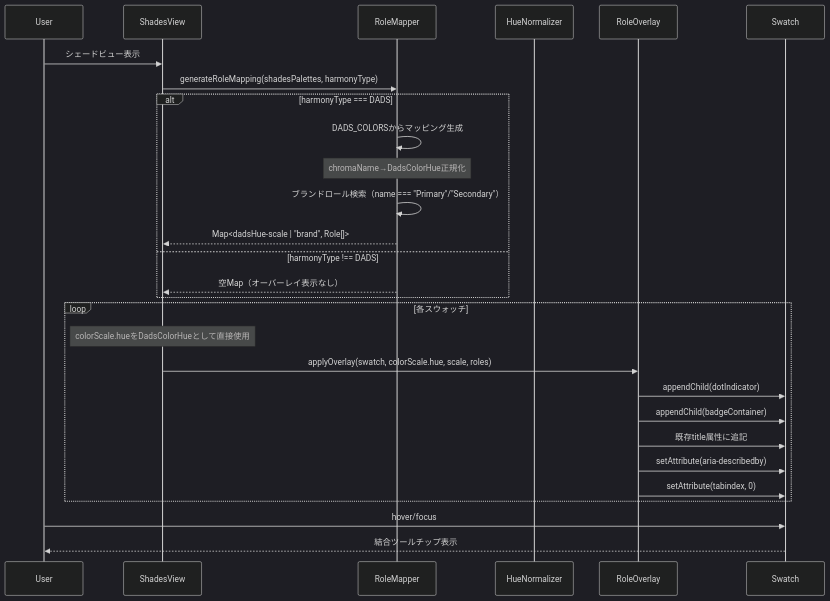
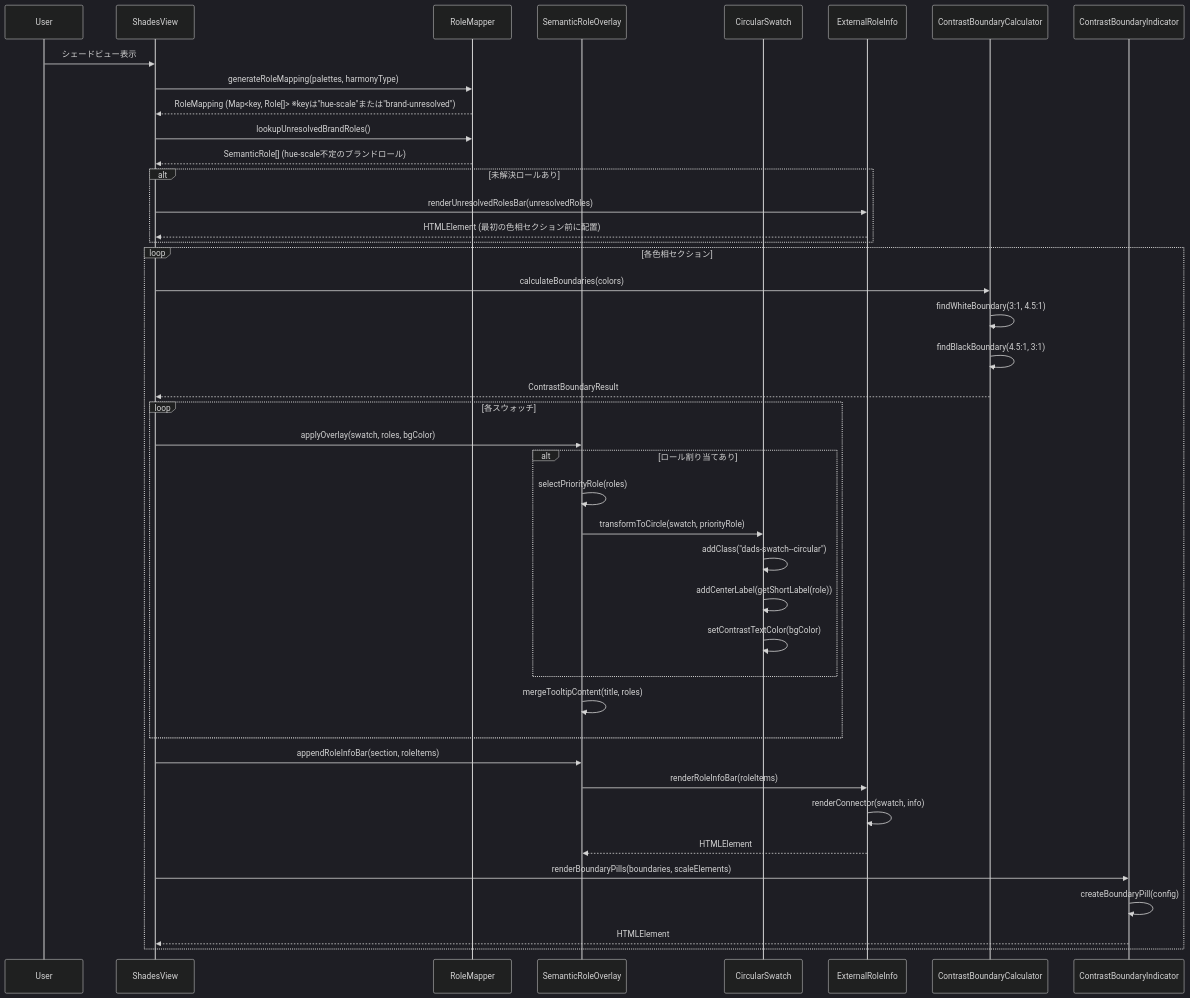
One commit to monoharada/leonardo-learn changed the second of 2 diagrams in .kiro/specs/shade-ui-improvement/design.md. Above: the diagram before and after it, drawn with Mermaid (dark theme). The commit also changed other lines of this file and 3 other files, not shown here.

````diff
--- a/.kiro/specs/shade-ui-improvement/design.md
+++ b/.kiro/specs/shade-ui-improvement/design.md
@@ -110,33 +114,51 @@
 ```mermaid
 sequenceDiagram
     participant User
     participant ShadesView
     participant RoleMapper
-    participant HueNormalizer
-    participant RoleOverlay
-    participant Swatch
+    participant RoleOverlay as SemanticRoleOverlay
+    participant CircularSwatch
+    participant ExternalRoleInfo
+    participant ContrastCalc as ContrastBoundaryCalculator
+    participant ContrastIndicator as ContrastBoundaryIndicator
 
     User->>ShadesView: シェードビュー表示
-    ShadesView->>RoleMapper: generateRoleMapping(shadesPalettes, harmonyType)
-    alt harmonyType === DADS
-        RoleMapper->>RoleMapper: DADS_COLORSからマッピング生成
-        Note over RoleMapper: chromaName→DadsColorHue正規化
-        RoleMapper->>RoleMapper: ブランドロール検索（name === "Primary"/"Secondary"）
-        RoleMapper-->>ShadesView: Map<dadsHue-scale | "brand", Role[]>
-    else harmonyType !== DADS
-        RoleMapper-->>ShadesView: 空Map（オーバーレイ表示なし）
+    ShadesView->>RoleMapper: generateRoleMapping(palettes, harmonyType)
+    RoleMapper-->>ShadesView: RoleMapping (Map<key, Role[]> ※keyは"hue-scale"または"brand-unresolved")
+
+    %% 未解決ブランドロールの処理（シェードビュー全体で1回のみ）
+    ShadesView->>RoleMapper: lookupUnresolvedBrandRoles()
+    RoleMapper-->>ShadesView: SemanticRole[] (hue-scale不定のブランドロール)
+    alt 未解決ロールあり
+        ShadesView->>ExternalRoleInfo: renderUnresolvedRolesBar(unresolvedRoles)
+        ExternalRoleInfo-->>ShadesView: HTMLElement (最初の色相セクション前に配置)
     end
 
-    loop 各スウォッチ
-        Note over ShadesView: colorScale.hueをDadsColorHueとして直接使用
-        ShadesView->>RoleOverlay: applyOverlay(swatch, colorScale.hue, scale, roles)
-        RoleOverlay->>Swatch: appendChild(dotIndicator)
-        RoleOverlay->>Swatch: appendChild(badgeContainer)
-        RoleOverlay->>Swatch: 既存title属性に追記
-        RoleOverlay->>Swatch: setAttribute(aria-describedby)
-        RoleOverlay->>Swatch: setAttribute(tabindex, 0)
+    loop 各色相セクション
+        ShadesView->>ContrastCalc: calculateBoundaries(colors)
+        ContrastCalc->>ContrastCalc: findWhiteBoundary(3:1, 4.5:1)
+        ContrastCalc->>ContrastCalc: findBlackBoundary(4.5:1, 3:1)
+        ContrastCalc-->>ShadesView: ContrastBoundaryResult
+
+        loop 各スウォッチ
+            ShadesView->>RoleOverlay: applyOverlay(swatch, roles, bgColor)
+            alt ロール割り当てあり
+                RoleOverlay->>RoleOverlay: selectPriorityRole(roles)
+                RoleOverlay->>CircularSwatch: transformToCircle(swatch, priorityRole)
+                CircularSwatch->>CircularSwatch: addClass("dads-swatch--circular")
+                CircularSwatch->>CircularSwatch: addCenterLabel(getShortLabel(role))
+                CircularSwatch->>CircularSwatch: setContrastTextColor(bgColor)
+            end
+            RoleOverlay->>RoleOverlay: mergeTooltipContent(title, roles)
+        end
+
+        ShadesView->>RoleOverlay: appendRoleInfoBar(section, roleItems)
+        RoleOverlay->>ExternalRoleInfo: renderRoleInfoBar(roleItems)
+        ExternalRoleInfo->>ExternalRoleInfo: renderConnector(swatch, info)
+        ExternalRoleInfo-->>RoleOverlay: HTMLElement
+
+        ShadesView->>ContrastIndicator: renderBoundaryPills(boundaries, scaleElements)
+        ContrastIndicator->>ContrastIndicator: createBoundaryPill(config)
+        ContrastIndicator-->>ShadesView: HTMLElement
     end
-
-    User->>Swatch: hover/focus
-    Swatch-->>User: 結合ツールチップ表示
 ```
````
